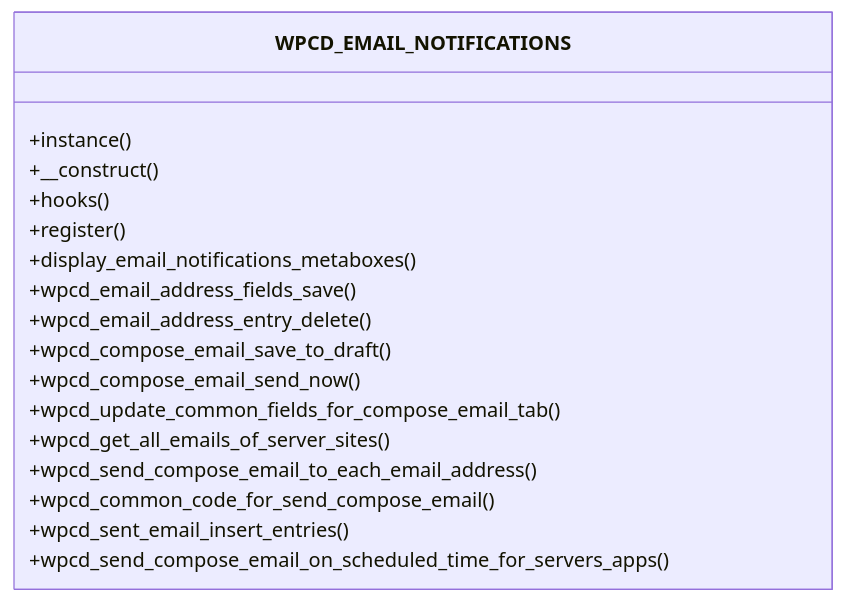
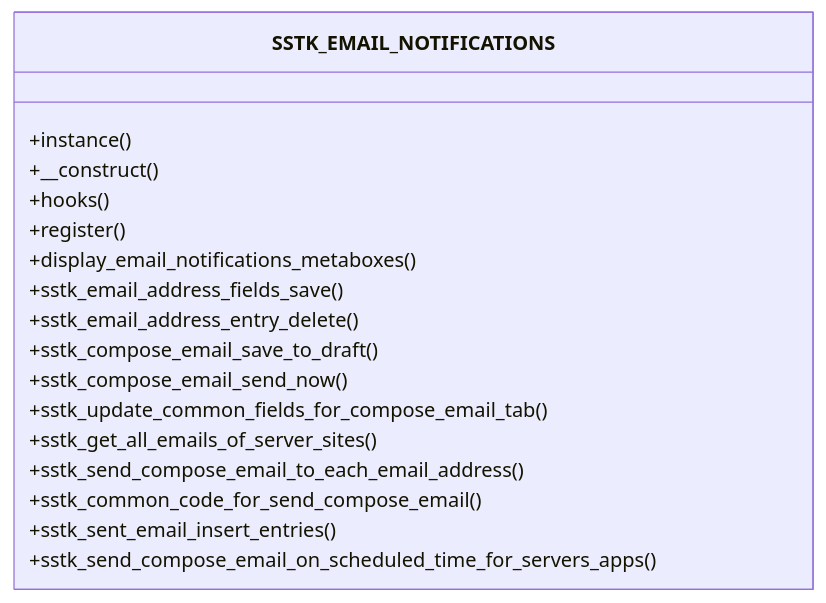
The third of 5 diagrams in .qoder/repowiki/en/content/Logging & Monitoring/Email Notification System.md (onedogsolutions/simple-stack), drawn with Mermaid before and after one commit. The commit also changed other lines of this file and 5941 other files, not shown here.

````diff
--- a/.qoder/repowiki/en/content/Logging & Monitoring/Email Notification System.md
+++ b/.qoder/repowiki/en/content/Logging & Monitoring/Email Notification System.md
@@ -136,20 +136,20 @@
 ```mermaid
 classDiagram
-class WPCD_EMAIL_NOTIFICATIONS {
+class SSTK_EMAIL_NOTIFICATIONS {
 +instance()
 +__construct()
 +hooks()
 +register()
 +display_email_notifications_metaboxes()
-+wpcd_email_address_fields_save()
-+wpcd_email_address_entry_delete()
-+wpcd_compose_email_save_to_draft()
-+wpcd_compose_email_send_now()
-+wpcd_update_common_fields_for_compose_email_tab()
-+wpcd_get_all_emails_of_server_sites()
-+wpcd_send_compose_email_to_each_email_address()
-+wpcd_common_code_for_send_compose_email()
-+wpcd_sent_email_insert_entries()
-+wpcd_send_compose_email_on_scheduled_time_for_servers_apps()
++sstk_email_address_fields_save()
++sstk_email_address_entry_delete()
++sstk_compose_email_save_to_draft()
++sstk_compose_email_send_now()
++sstk_update_common_fields_for_compose_email_tab()
++sstk_get_all_emails_of_server_sites()
++sstk_send_compose_email_to_each_email_address()
++sstk_common_code_for_send_compose_email()
++sstk_sent_email_insert_entries()
++sstk_send_compose_email_on_scheduled_time_for_servers_apps()
 }
 ```
````
